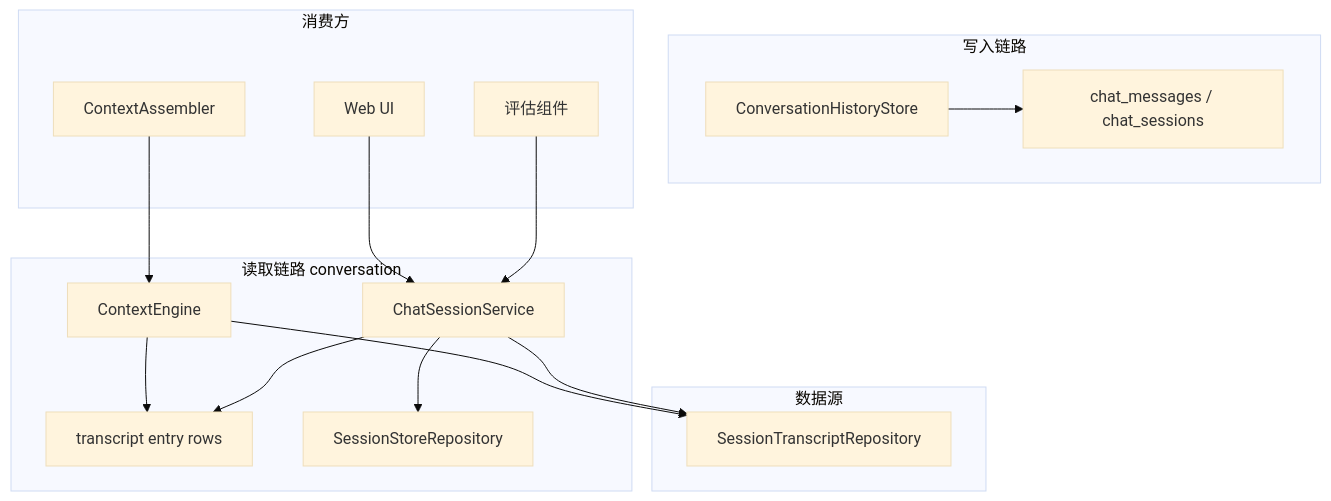
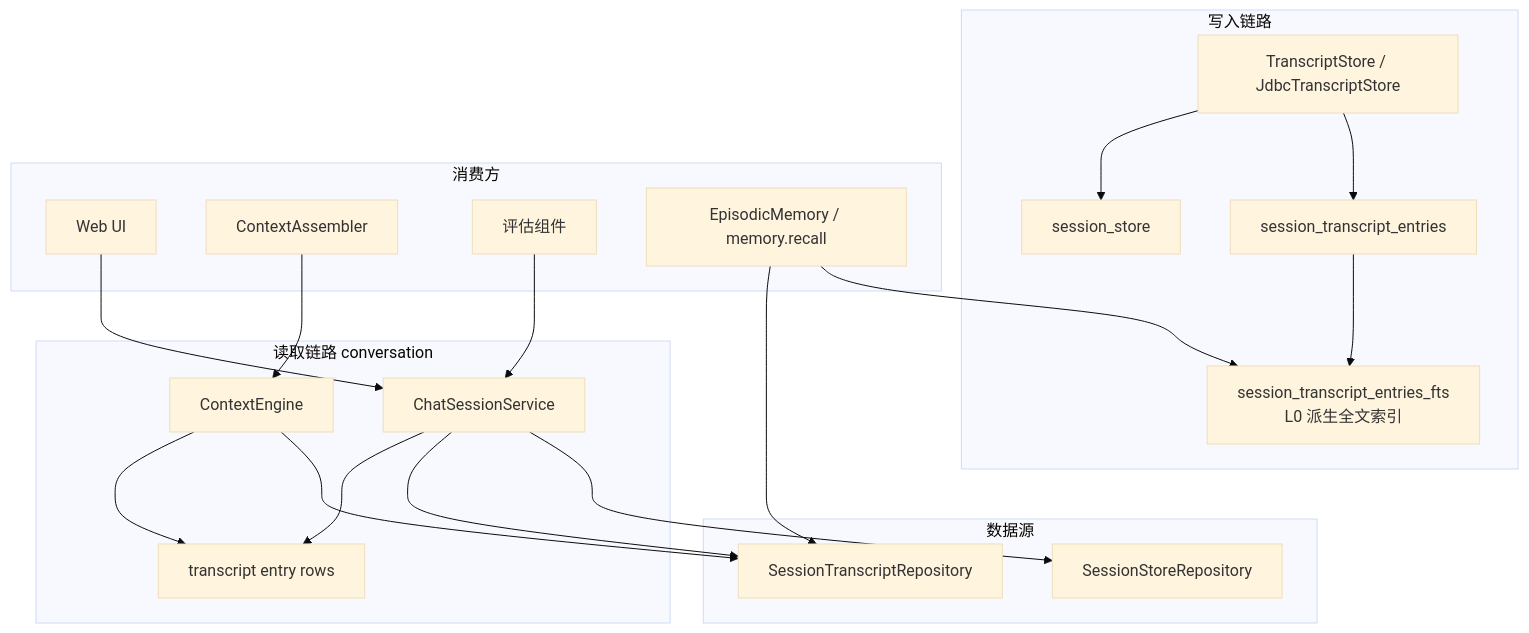
The first of 3 diagrams in docs/architecture/conversation.md (ntygod/LifePilot), drawn with Mermaid (base theme) before and after one commit. The commit also changed other lines of this file and 385 other files, not shown here.

````diff
--- a/docs/architecture/conversation.md
+++ b/docs/architecture/conversation.md
@@ -20,34 +26,41 @@
 ```mermaid
 flowchart TD
     subgraph "写入链路"
-        CHS["ConversationHistoryStore"]
-        CMS["chat_messages / chat_sessions"]
-        CHS --> CMS
+        TS["TranscriptStore / JdbcTranscriptStore"]
+        SS["session_store"]
+        STE["session_transcript_entries"]
+        FTS["session_transcript_entries_fts<br/>L0 派生全文索引"]
+        TS --> SS
+        TS --> STE
+        STE --> FTS
     end
 
     subgraph "读取链路 conversation"
         CE["ContextEngine"]
         CSS["ChatSessionService"]
         CTV["transcript entry rows"]
-        CSR["SessionStoreRepository"]
         CE --> CTV
         CSS --> CTV
-        CSS --> CSR
     end
 
     subgraph "数据源"
         STR["SessionTranscriptRepository"]
+        SSR["SessionStoreRepository"]
     end
 
     subgraph "消费方"
         WEB["Web UI"]
         AGENT["ContextAssembler"]
         EVAL["评估组件"]
+        L2["EpisodicMemory / memory.recall"]
     end
 
     CE --> STR
     CSS --> STR
+    CSS --> SSR
+    L2 --> STR
+    L2 --> FTS
     WEB --> CSS
     AGENT --> CE
     EVAL --> CSS
 ```
````
